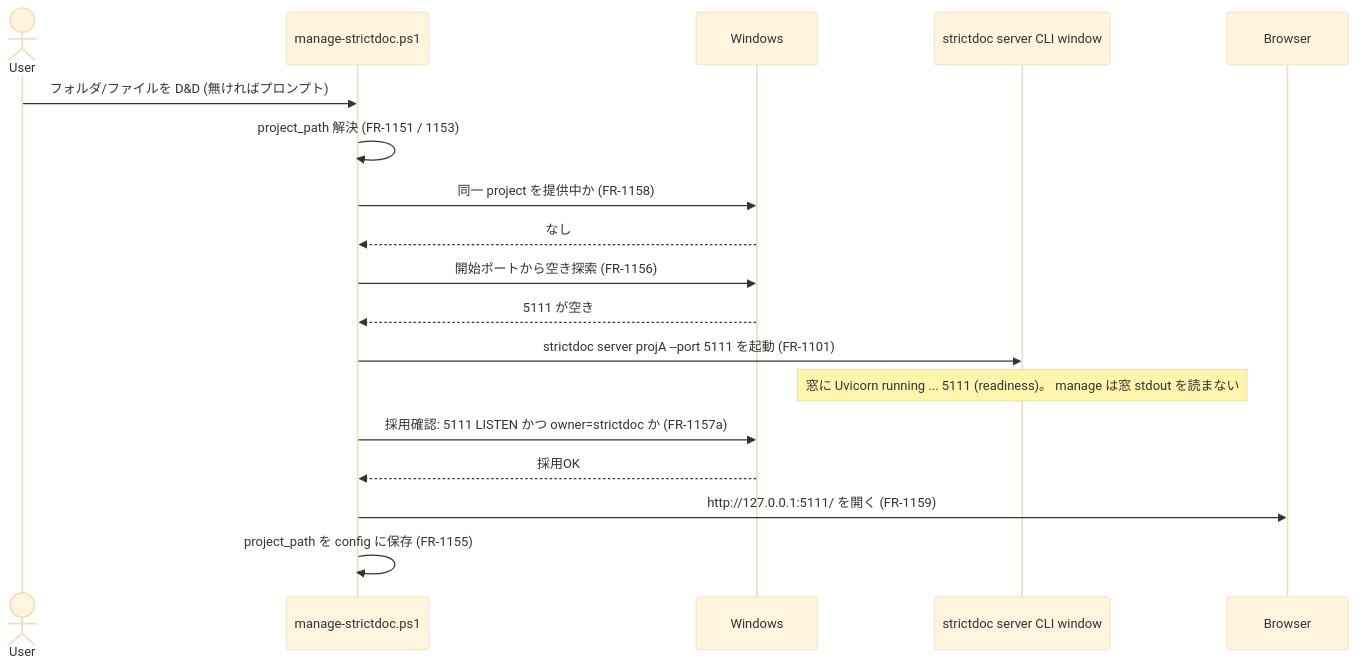
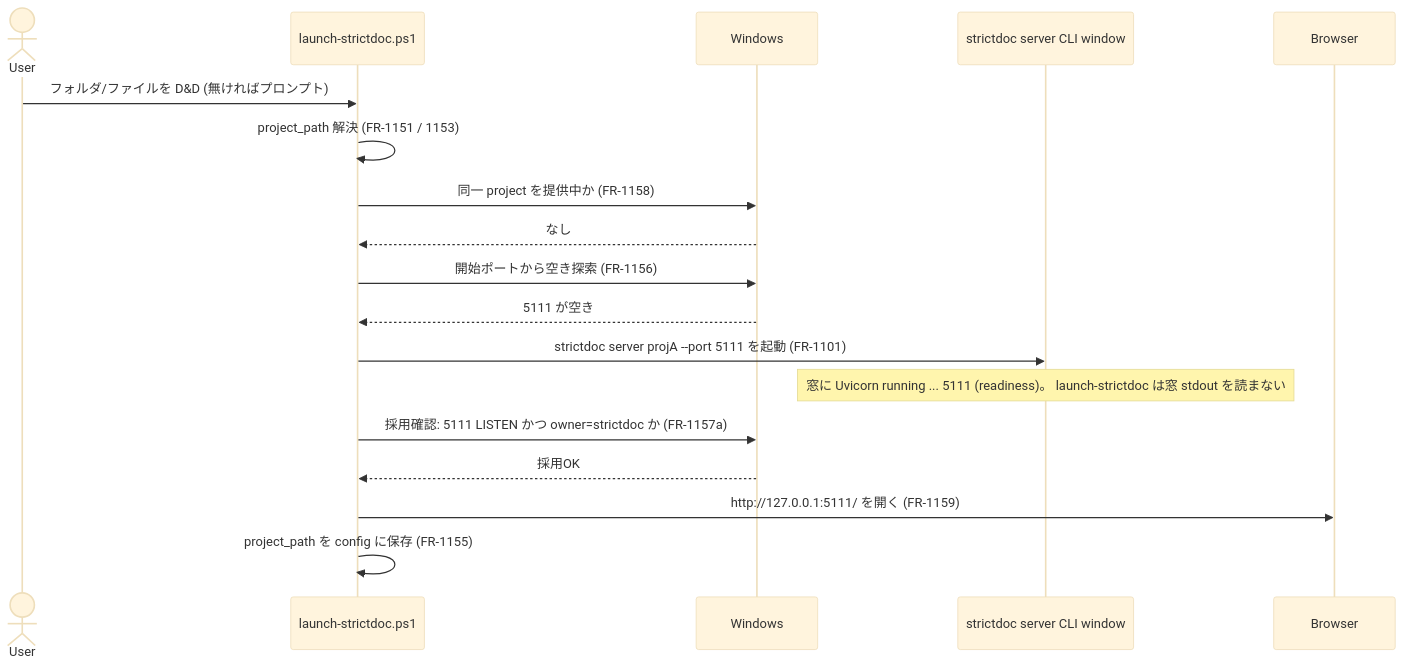
One commit to GoodRelax/StrictDocStarter changed the third of 6 diagrams in docs/serve-spec.md. Above: the diagram before and after it, drawn with Mermaid (base theme). The commit also changed other lines of this file and 9 other files, not shown here.

````diff
--- a/docs/serve-spec.md
+++ b/docs/serve-spec.md
@@ -1202,20 +1202,20 @@
 ```mermaid
 sequenceDiagram
     actor User
-    participant M as manage-strictdoc.ps1
+    participant M as launch-strictdoc.ps1
     participant OS as Windows
     participant SV as strictdoc server CLI window
     participant BR as Browser
     User->>M: フォルダ/ファイルを D&D (無ければプロンプト)
     M->>M: project_path 解決 (FR-1151 / 1153)
     M->>OS: 同一 project を提供中か (FR-1158)
     OS-->>M: なし
     M->>OS: 開始ポートから空き探索 (FR-1156)
     OS-->>M: 5111 が空き
     M->>SV: strictdoc server projA --port 5111 を起動 (FR-1101)
-    Note over SV: 窓に Uvicorn running ... 5111 (readiness)。 manage は窓 stdout を読まない
+    Note over SV: 窓に Uvicorn running ... 5111 (readiness)。 launch-strictdoc は窓 stdout を読まない
     M->>OS: 採用確認: 5111 LISTEN かつ owner=strictdoc か (FR-1157a)
     OS-->>M: 採用OK
     M->>BR: http://127.0.0.1:5111/ を開く (FR-1159)
     M->>M: project_path を config に保存 (FR-1155)
 ```
````
